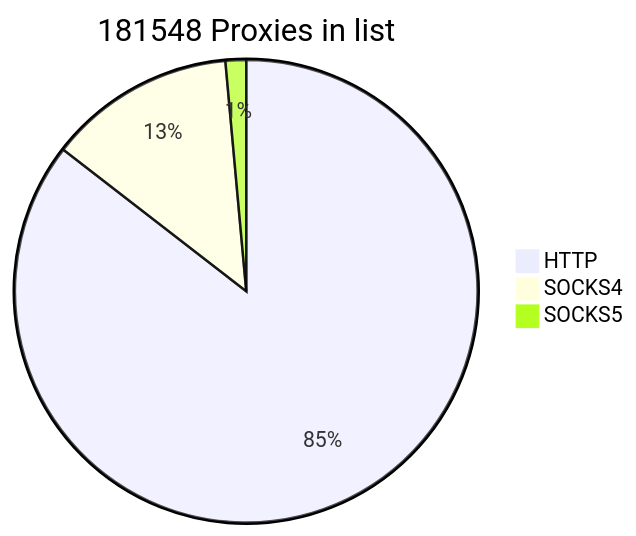
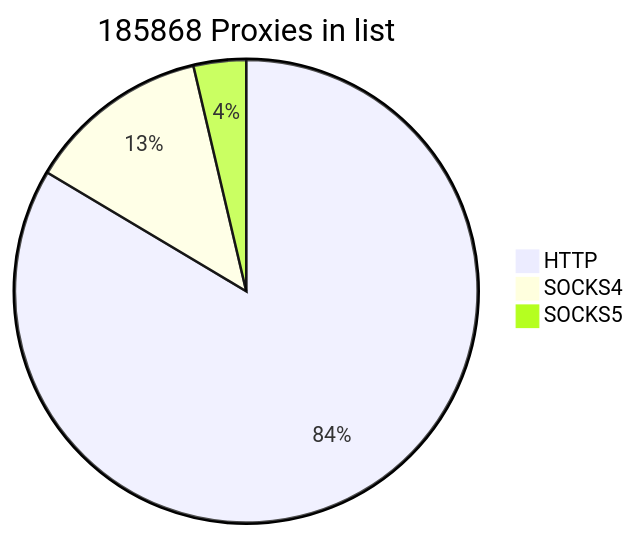
Before and after one commit to cutipu/proxylist: the first of 2 diagrams in README.md, drawn with Mermaid. The commit also changed other lines of this file, not shown here.

````diff
--- a/README.md
+++ b/README.md
@@ -2,7 +2,7 @@
 ```mermaid
-pie title 181548 Proxies in list
-    "HTTP" : 155201
+pie title 185868 Proxies in list
+    "HTTP" : 155323
     "SOCKS4" : 23730
-    "SOCKS5" : 2617
+    "SOCKS5" : 6815
             
 ```
````
